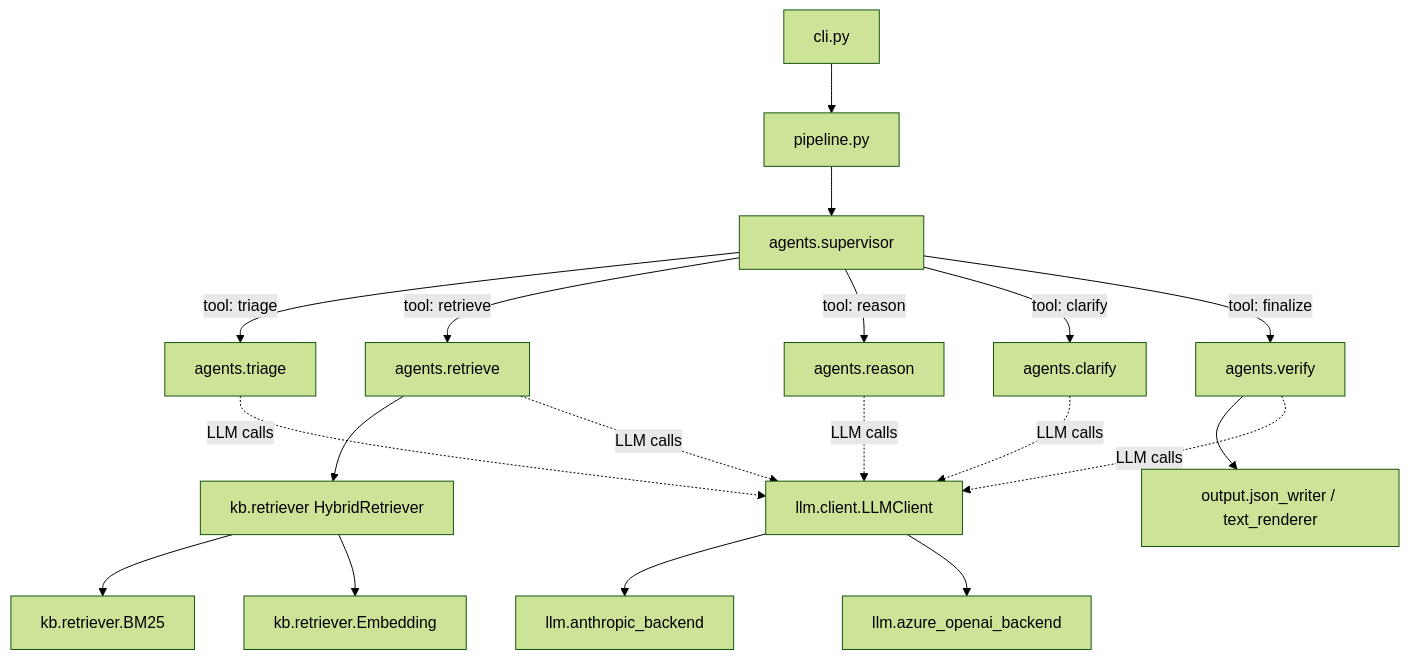
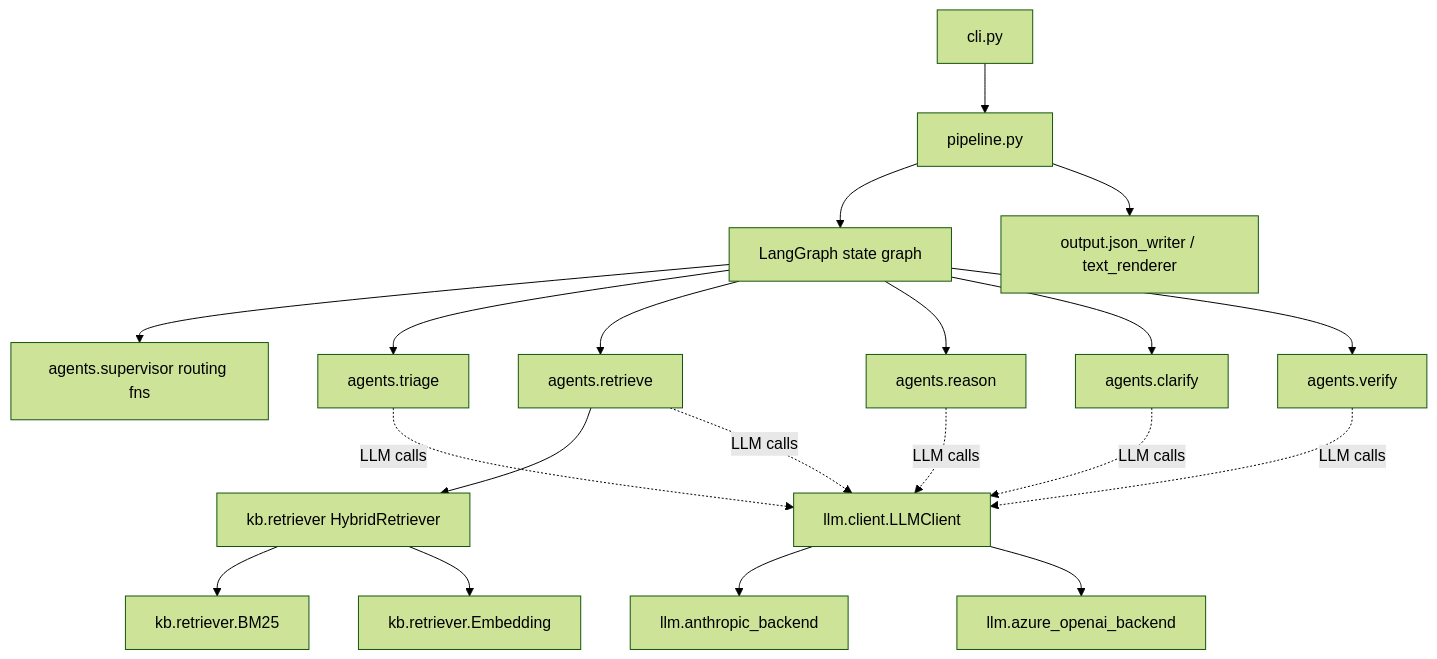
Before and after one commit to cofade/agentic-ai-challenge: the first of 2 diagrams in docs/05-building-block-view/README.md, drawn with Mermaid (forest theme). The commit also changed other lines of this file and 17 other files, not shown here.

First line of the commit message:
feat(#24,#25,#26): supervisor + LangGraph + integration tests + ADR-005 (#52)

````diff
--- a/docs/05-building-block-view/README.md
+++ b/docs/05-building-block-view/README.md
@@ -7,17 +7,18 @@
 ```mermaid
 graph TD
     CLI[cli.py] --> Pipeline[pipeline.py]
-    Pipeline --> Supervisor[agents.supervisor]
-    Supervisor -->|tool: triage| Triage[agents.triage]
-    Supervisor -->|tool: retrieve| Retrieve[agents.retrieve]
-    Supervisor -->|tool: reason| Reason[agents.reason]
-    Supervisor -->|tool: clarify| Clarify[agents.clarify]
-    Supervisor -->|tool: finalize| Verify[agents.verify]
+    Pipeline --> Graph[LangGraph state graph]
+    Graph --> Supervisor[agents.supervisor routing fns]
+    Graph --> Triage[agents.triage]
+    Graph --> Retrieve[agents.retrieve]
+    Graph --> Reason[agents.reason]
+    Graph --> Clarify[agents.clarify]
+    Graph --> Verify[agents.verify]
     Retrieve --> KB[kb.retriever HybridRetriever]
     KB --> BM25[kb.retriever.BM25]
     KB --> Embed[kb.retriever.Embedding]
-    Verify --> Output[output.json_writer / text_renderer]
+    Pipeline --> Output[output.json_writer / text_renderer]
     Triage & Retrieve & Reason & Clarify & Verify -.->|LLM calls| Client[llm.client.LLMClient]
     Client --> Anthropic[llm.anthropic_backend]
     Client --> Azure[llm.azure_openai_backend]
 ```
````
